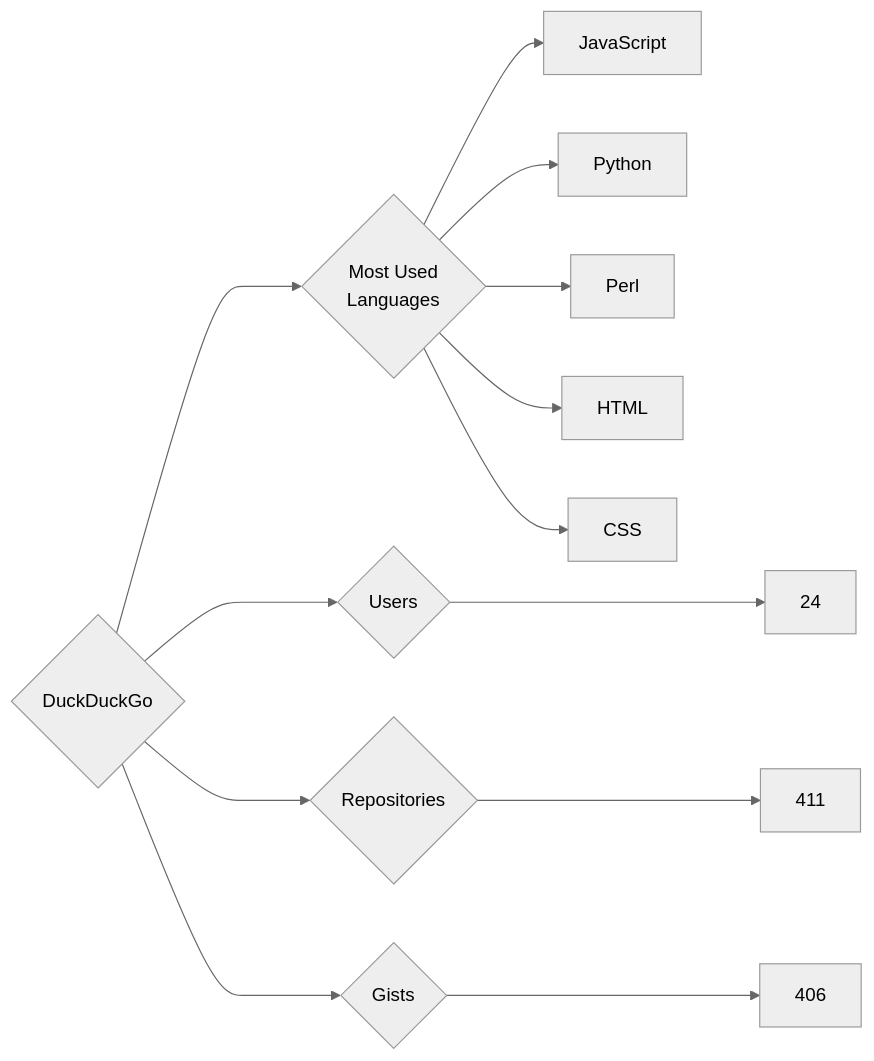
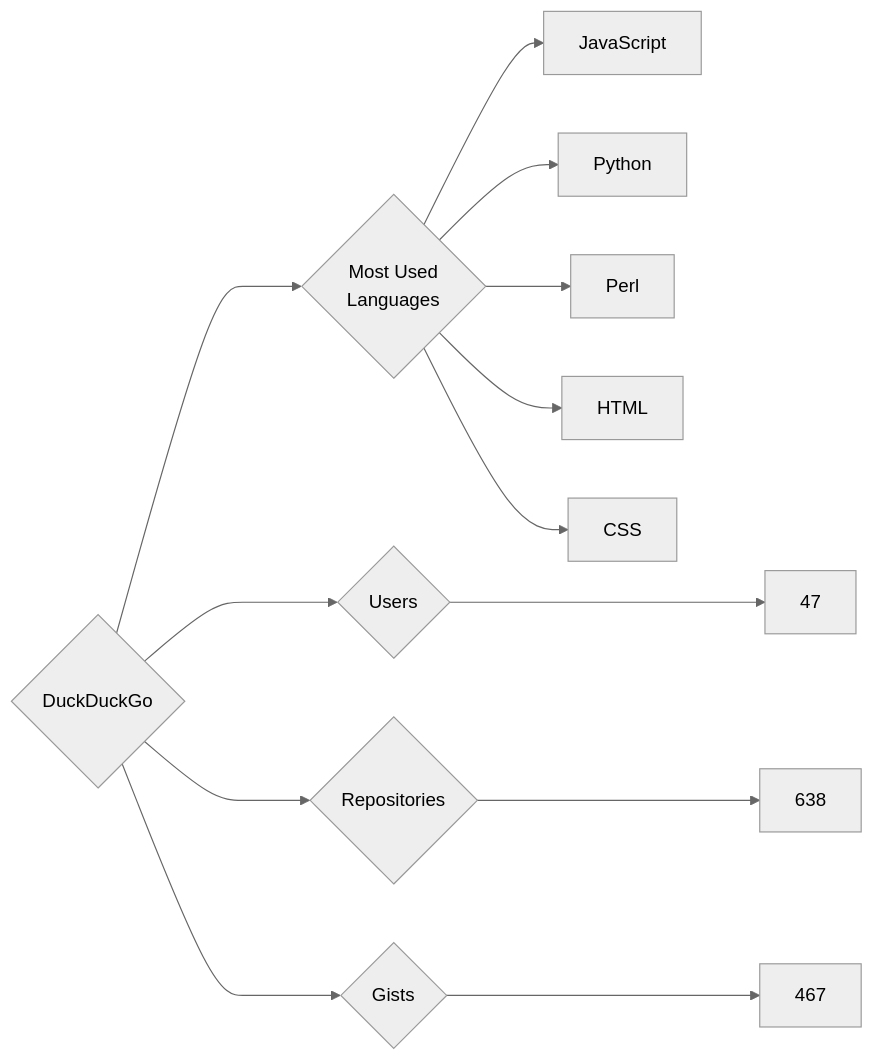
Before and after one commit to trickest/insiders: the diagram in targets/DuckDuckGo/README.md, drawn with Mermaid (neutral theme). The commit also changed 984 other files, not shown here.

````diff
--- a/targets/DuckDuckGo/README.md
+++ b/targets/DuckDuckGo/README.md
@@ -3,13 +3,13 @@
 ```mermaid
 graph LR
 COMPANY_NAME{DuckDuckGo}
-COMPANY_NAME ---> U{Users} ---> UN[24]
-COMPANY_NAME ---> R{Repositories} ---> RN[411]
-COMPANY_NAME ---> G{Gists} ---> GN[406]
+COMPANY_NAME ---> U{Users} ---> UN[47]
+COMPANY_NAME ---> R{Repositories} ---> RN[638]
+COMPANY_NAME ---> G{Gists} ---> GN[467]
 COMPANY_NAME ---> ML{Most Used<br>Languages}
 ML --> JavaScript[JavaScript]
 ML --> Python[Python]
 ML --> Perl[Perl]
 ML --> HTML[HTML]
 ML --> CSS[CSS]
 ```
````
